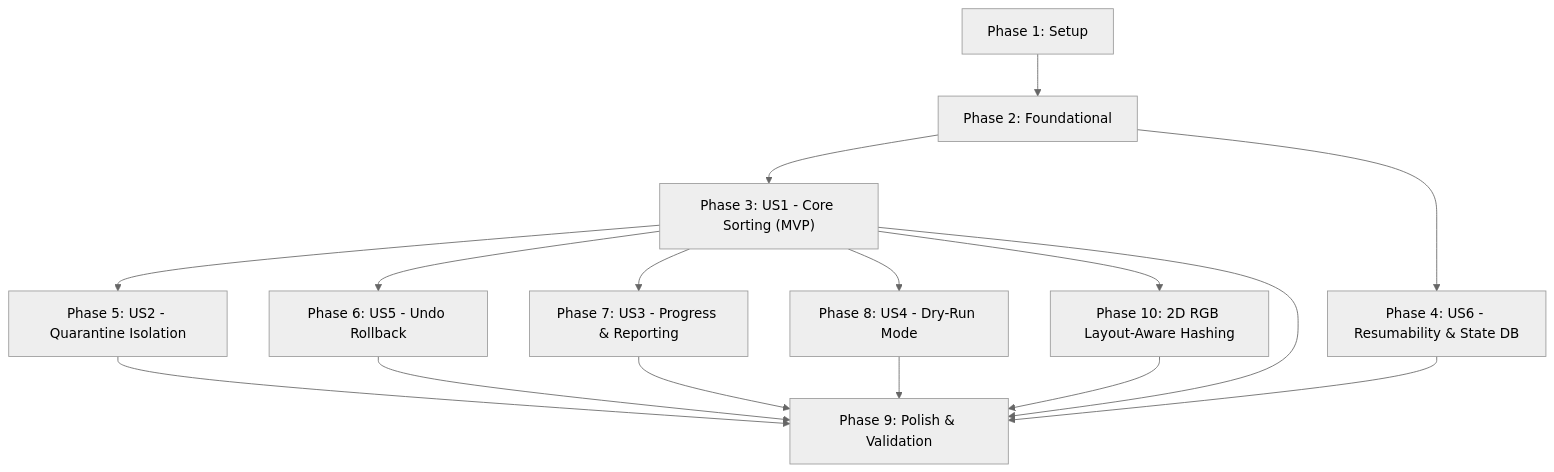
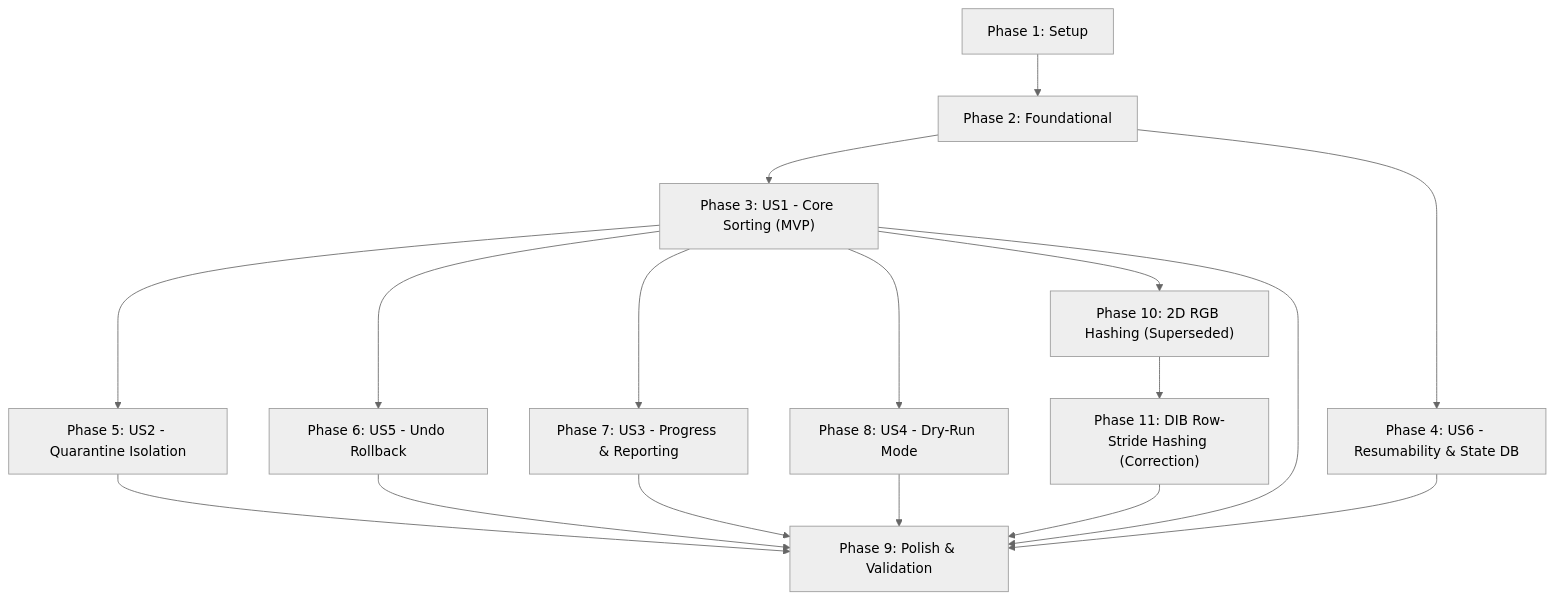
The diagram in specs/001-sidexis-dicom-recovery/tasks.md (Ahmed-Alaa-Gomaa-Mohammed/dcmsiv), drawn with Mermaid (neutral theme) before and after one commit. The commit also changed other lines of this file and 5 other files, not shown here.

First line of the commit message:
docs: correct 8-bit RGB hashing spec to Windows DIB row-stride alignment

````diff
--- a/specs/001-sidexis-dicom-recovery/tasks.md
+++ b/specs/001-sidexis-dicom-recovery/tasks.md
@@ -195,12 +215,13 @@
 ```mermaid
 flowchart TD
     P1["Phase 1: Setup"] --> P2["Phase 2: Foundational"]
     P2 --> US1["Phase 3: US1 - Core Sorting (MVP)"]
     P2 --> US6["Phase 4: US6 - Resumability & State DB"]
     US1 --> US2["Phase 5: US2 - Quarantine Isolation"]
     US1 --> US5["Phase 6: US5 - Undo Rollback"]
     US1 --> US3["Phase 7: US3 - Progress & Reporting"]
     US1 --> US4["Phase 8: US4 - Dry-Run Mode"]
-    US1 --> P10["Phase 10: 2D RGB Layout-Aware Hashing"]
-    US1 & US6 & US2 & US5 & US3 & US4 & P10 --> P9["Phase 9: Polish & Validation"]
+    US1 --> P10["Phase 10: 2D RGB Hashing (Superseded)"]
+    P10 --> P11["Phase 11: DIB Row-Stride Hashing (Correction)"]
+    US1 & US6 & US2 & US5 & US3 & US4 & P11 --> P9["Phase 9: Polish & Validation"]
 ```
````
